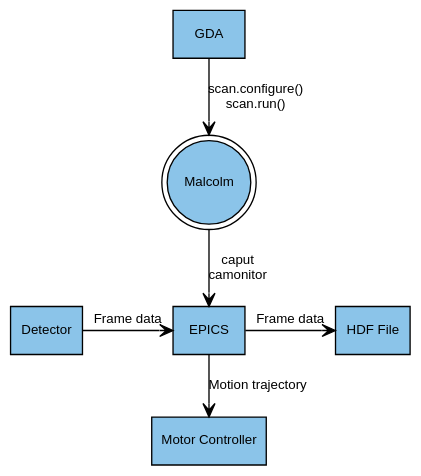
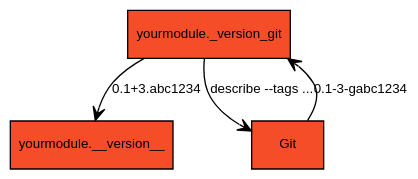
One commit to DiamondLightSource/versiongit changed the diagram in docs/index.rst. Above: the diagram before and after it, drawn with Graphviz. The commit also changed other lines of this file and 11 other files, not shown here.

```diff
--- a/docs/index.rst
+++ b/docs/index.rst
@@ -19,15 +20,12 @@
-.. digraph:: malcolm_dls_usage
+.. digraph:: development
 
     bgcolor=transparent
-    node [fontname=Arial fontsize=10 shape=box style=filled fillcolor="#8BC4E9"]
+    node [fontname=Arial fontsize=10 shape=box style=filled fillcolor="#f54d27"]
     edge [fontname=Arial fontsize=10 arrowhead=vee]
 
-    {rank=same;Detector EPICS "HDF File"}
+    vg [label="yourmodule._version_git"]
+    v [label="yourmodule.__version__"]
 
-    Malcolm [shape=doublecircle]
-
-    GDA -> Malcolm [label="scan.configure()\nscan.run()"]
-    Malcolm -> EPICS [label="caput\ncamonitor"]
-    Detector -> EPICS [label="Frame data"]
-    EPICS -> "HDF File" [label="Frame data"]
-    EPICS -> "Motor Controller" [label="Motion trajectory"]
+    vg -> Git [label="describe --tags ..."]
+    Git -> vg [label="0.1-3-gabc1234"]
+    vg -> v [label="0.1+3.abc1234"]
```
